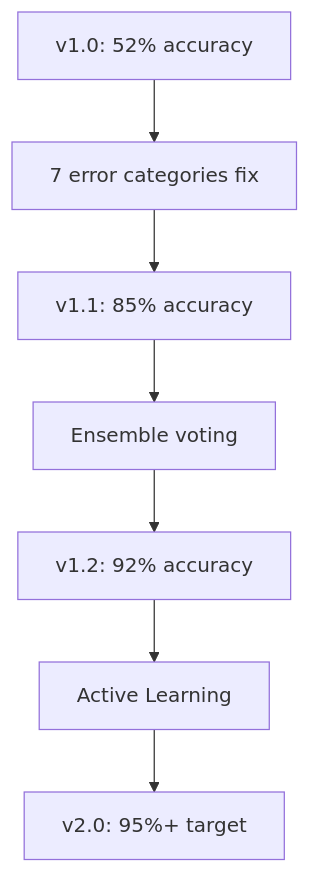
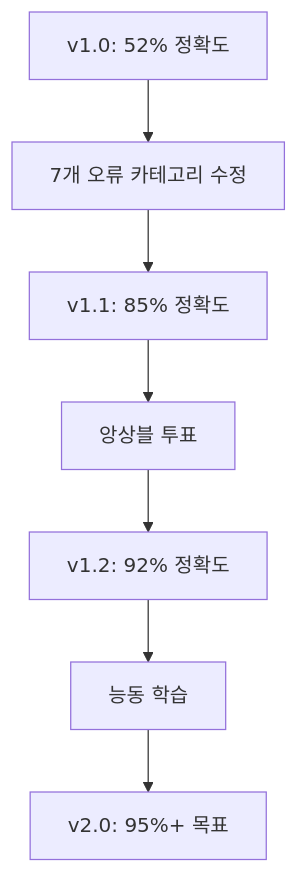
The second of 2 diagrams in docs-site/docs/quality-assurance/ocr-metrics.md (uprootai/AX_OCR), drawn with Mermaid before and after one commit. The commit also changed other lines of this file and 64 other files, not shown here.

````diff
--- a/docs-site/docs/quality-assurance/ocr-metrics.md
+++ b/docs-site/docs/quality-assurance/ocr-metrics.md
@@ -118,9 +118,9 @@
 ```mermaid
 flowchart TD
-    V1["v1.0: 52% accuracy"] --> FIX1["7 error categories fix"]
-    FIX1 --> V2["v1.1: 85% accuracy"]
-    V2 --> ENS["Ensemble voting"]
-    ENS --> V3["v1.2: 92% accuracy"]
-    V3 --> AL["Active Learning"]
-    AL --> V4["v2.0: 95%+ target"]
+    V1["v1.0: 52% 정확도"] --> FIX1["7개 오류 카테고리 수정"]
+    FIX1 --> V2["v1.1: 85% 정확도"]
+    V2 --> ENS["앙상블 투표"]
+    ENS --> V3["v1.2: 92% 정확도"]
+    V3 --> AL["능동 학습"]
+    AL --> V4["v2.0: 95%+ 목표"]
 ```
````
